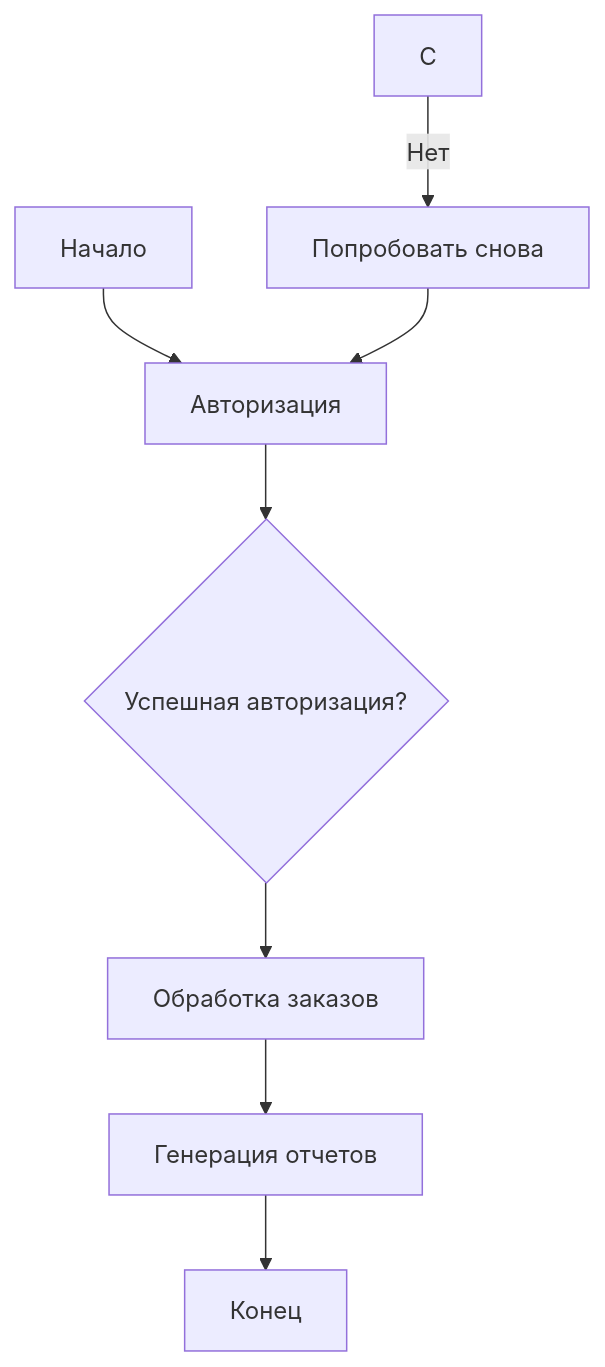
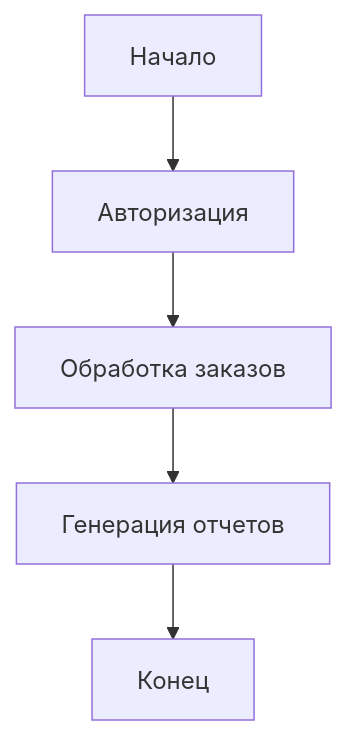
Before and after one commit to MANASLU8/chappel-of-examples: the second of 3 diagrams in lab1/report.md, drawn with Mermaid. The commit also changed other lines of this file, not shown here.

Commit message:
Добавил диаграмму последовательности

````diff
--- a/lab1/report.md
+++ b/lab1/report.md
@@ -58,10 +55,7 @@
 ```mermaid
 graph TD
     A[Начало] --> B[Авторизация]
-    B --> D{Успешная авторизация?}
-    D --> E[Обработка заказов]
-    E --> F[Генерация отчетов]
-    F --> G[Конец]
-    C -- Нет --> H[Попробовать снова]
-    H --> B
+    B --> C[Обработка заказов]
+    C --> D[Генерация отчетов]
+    D --> E[Конец]
 ```
````
